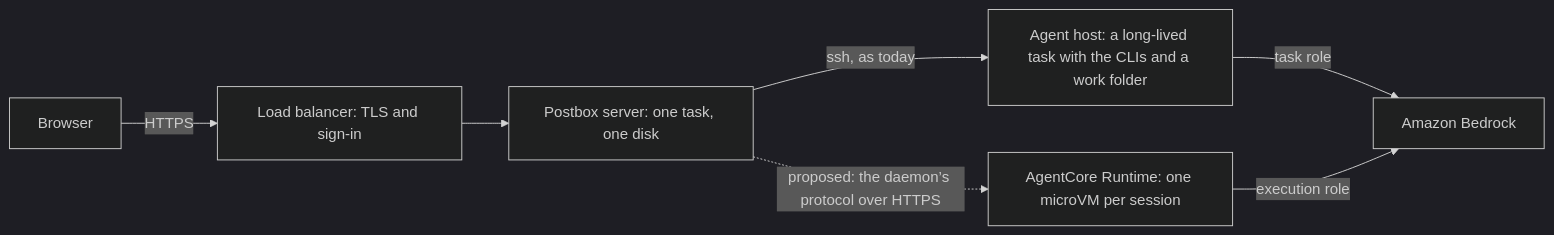
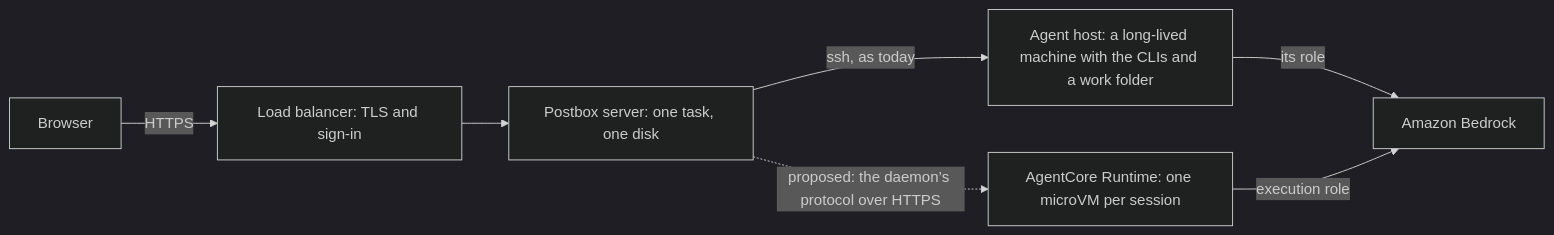
Before and after one commit to HJeon139/postbox: the second of 3 diagrams in designs/architecture/hosted.md, drawn with Mermaid (dark theme). The commit also changed other lines of this file and 1 other file, not shown here.

First line of the commit message:
docs(hosted): what a real sign-in showed, what runs an agent host, and the architecture drawn

````diff
--- a/designs/architecture/hosted.md
+++ b/designs/architecture/hosted.md
@@ -215,9 +215,9 @@
 ```mermaid
 flowchart LR
   B[Browser] -->|HTTPS| LB[Load balancer: TLS and sign-in]
   LB --> P[Postbox server: one task, one disk]
-  P -->|"ssh, as today"| H["Agent host: a long-lived task with the CLIs and a work folder"]
+  P -->|"ssh, as today"| H["Agent host: a long-lived machine with the CLIs and a work folder"]
   P -.->|"proposed: the daemon’s protocol over HTTPS"| R["AgentCore Runtime: one microVM per session"]
-  H -->|"task role"| M[Amazon Bedrock]
+  H -->|"its role"| M[Amazon Bedrock]
   R -->|"execution role"| M
 ```
````
